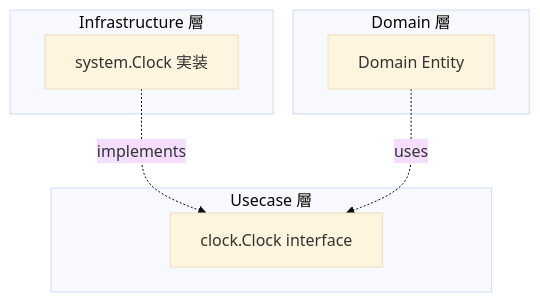
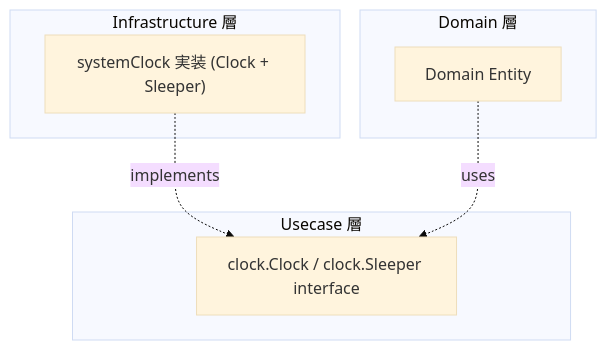
One commit to Tomy-ch/go-boilerplate changed the diagram in internal/infrastructure/system/README.ja.md. Above: the diagram before and after it, drawn with Mermaid (base theme). The commit also changed other lines of this file and 114 other files, not shown here.

````diff
--- a/internal/infrastructure/system/README.ja.md
+++ b/internal/infrastructure/system/README.ja.md
@@ -9,15 +16,15 @@
 ```mermaid
 flowchart TB
     subgraph "Usecase 層"
-        IF["clock.Clock interface"]
+        IF["clock.Clock / clock.Sleeper interface"]
     end
     subgraph "Infrastructure 層"
-        Impl["system.Clock 実装"]
+        Impl["systemClock 実装 (Clock + Sleeper)"]
     end
     subgraph "Domain 層"
         Domain["Domain Entity"]
     end
 
     Impl -. implements .-> IF
     Domain -. uses .-> IF
 ```
````
